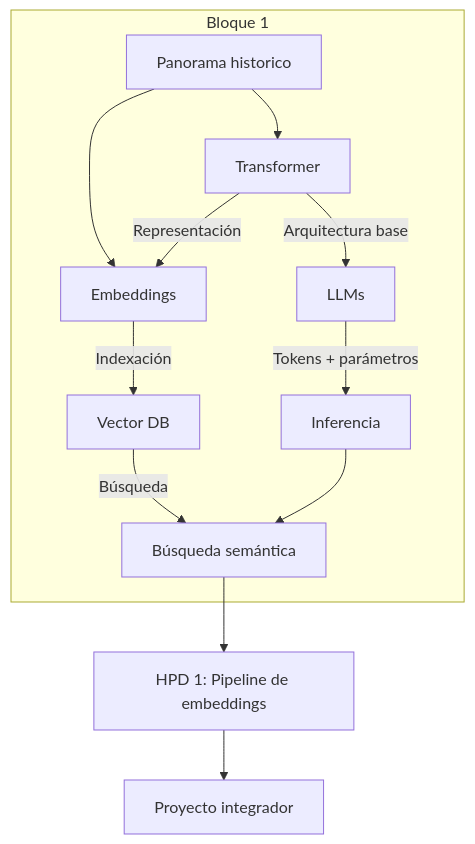
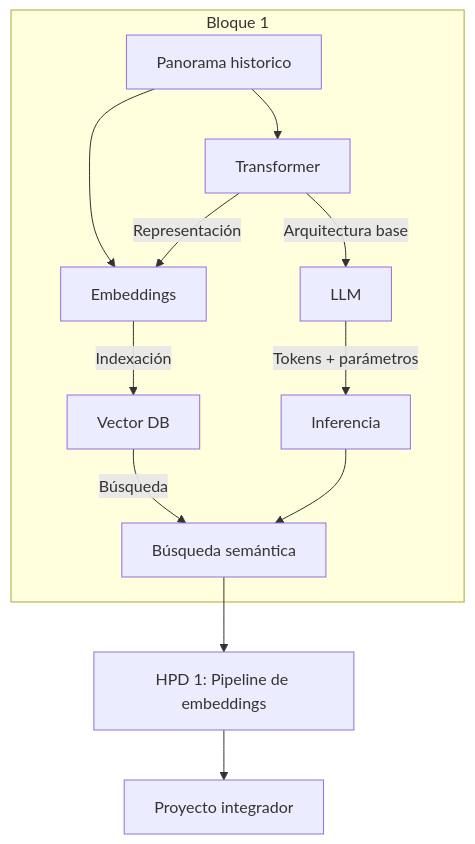
Before and after one commit to Adamychen/m10_quarto: the second of 2 diagrams in bloque1/01-fundamentos.qmd, drawn with Mermaid. The commit also changed other lines of this file and 79 other files, not shown here.

````diff
--- a/bloque1/01-fundamentos.qmd
+++ b/bloque1/01-fundamentos.qmd
@@ -151,15 +149,15 @@
 ```{mermaid}
 graph TD
     subgraph "Bloque 1"
         P0[Panorama historico] --> A[Transformer]
         P0 --> C[Embeddings]
-        A[Transformer] -->|Arquitectura base| B[LLMs]
+        A[Transformer] -->|Arquitectura base| B[LLM]
         A -->|Representación| C[Embeddings]
         B -->|Tokens + parámetros| D[Inferencia]
         C -->|Indexación| E[Vector DB]
         E -->|Búsqueda| F[Búsqueda semántica]
     end
     D --> F
     F --> G[HPD 1: Pipeline de embeddings]
     G --> H[Proyecto integrador]
 ```
````
